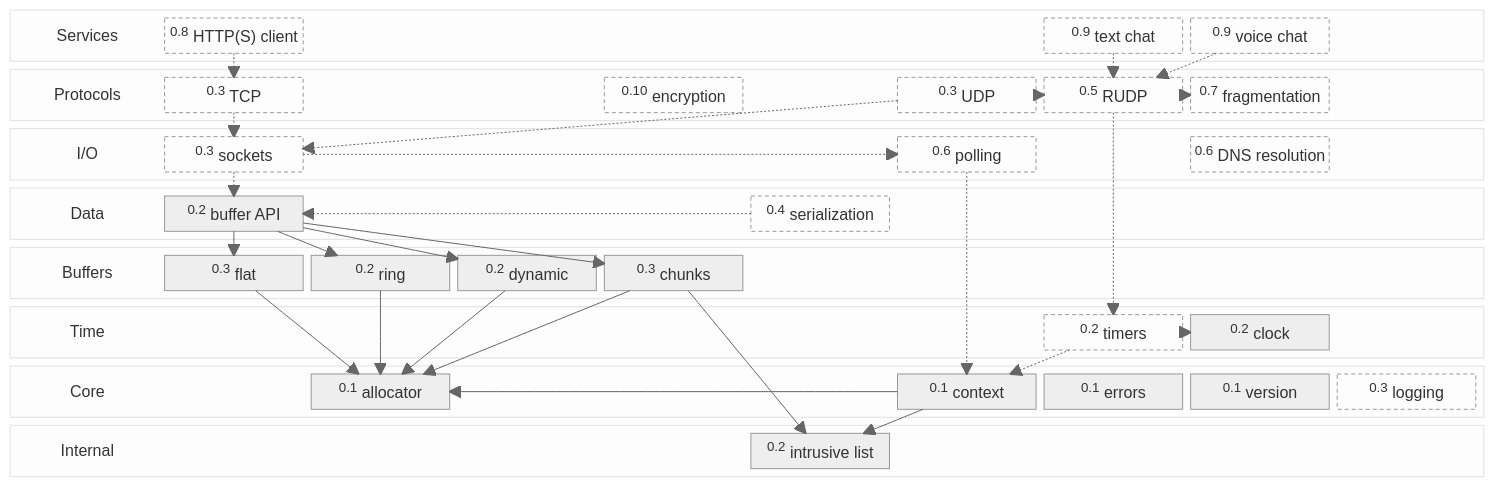
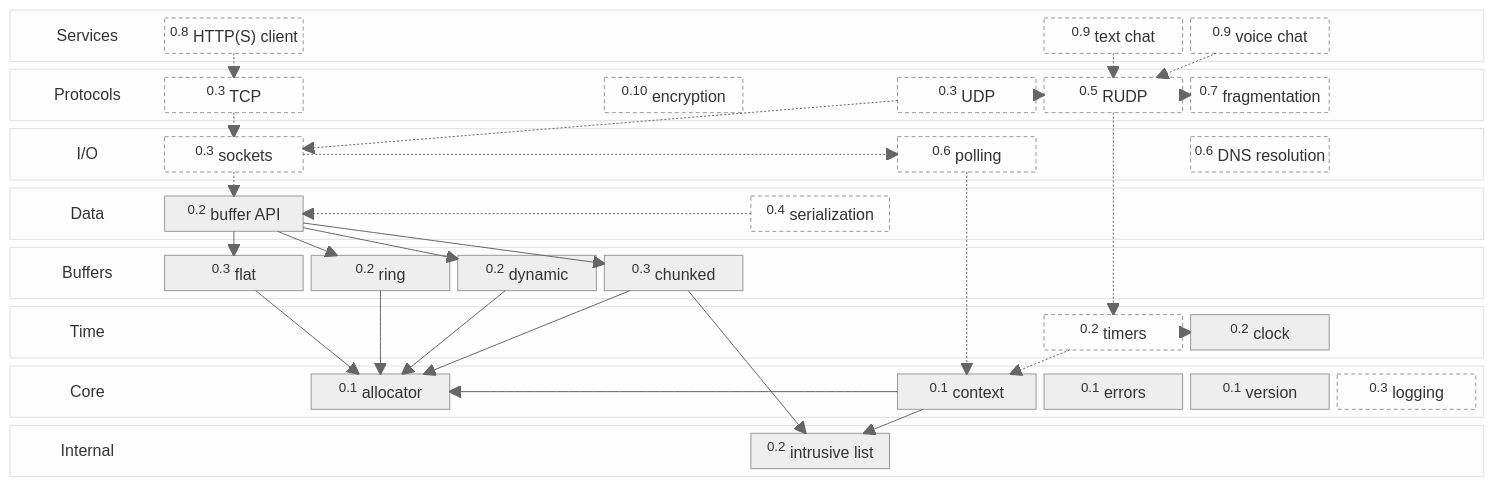
One commit to VMNL/vmnl-net changed the diagram in README.md. Above: the diagram before and after it, drawn with Mermaid (neutral theme). The commit also changed other lines of this file, not shown here.

First line of the commit message:
docs(readme): update the references and the roadmap

```diff
--- a/README.md
+++ b/README.md
@@ -130,7 +130,7 @@
         FLAT["<sup>0.3</sup> flat"]
         RING["<sup>0.2</sup> ring"]
         DYNAMIC["<sup>0.2</sup> dynamic"]
-        CHUNKS["<sup>0.3</sup> chunks"]
+        CHUNKED["<sup>0.3</sup> chunked"]
         space:5
     end
 
@@ -177,7 +177,7 @@
     BUFFER --> FLAT
     BUFFER --> DYNAMIC
     BUFFER --> RING
-    BUFFER --> CHUNKS
+    BUFFER --> CHUNKED
     POLL -.-> CONTEXT
     TIMER -.-> CONTEXT
     TIMER -.-> CLOCK
@@ -186,8 +186,8 @@
     FLAT --> ALLOCATOR
     DYNAMIC --> ALLOCATOR
     RING --> ALLOCATOR
-    CHUNKS --> ALLOCATOR
-    CHUNKS --> LIST
+    CHUNKED --> ALLOCATOR
+    CHUNKED --> LIST
 
     classDef title fill:none,stroke:none
     classDef planned fill:none,stroke-dasharray: 4 3
```
